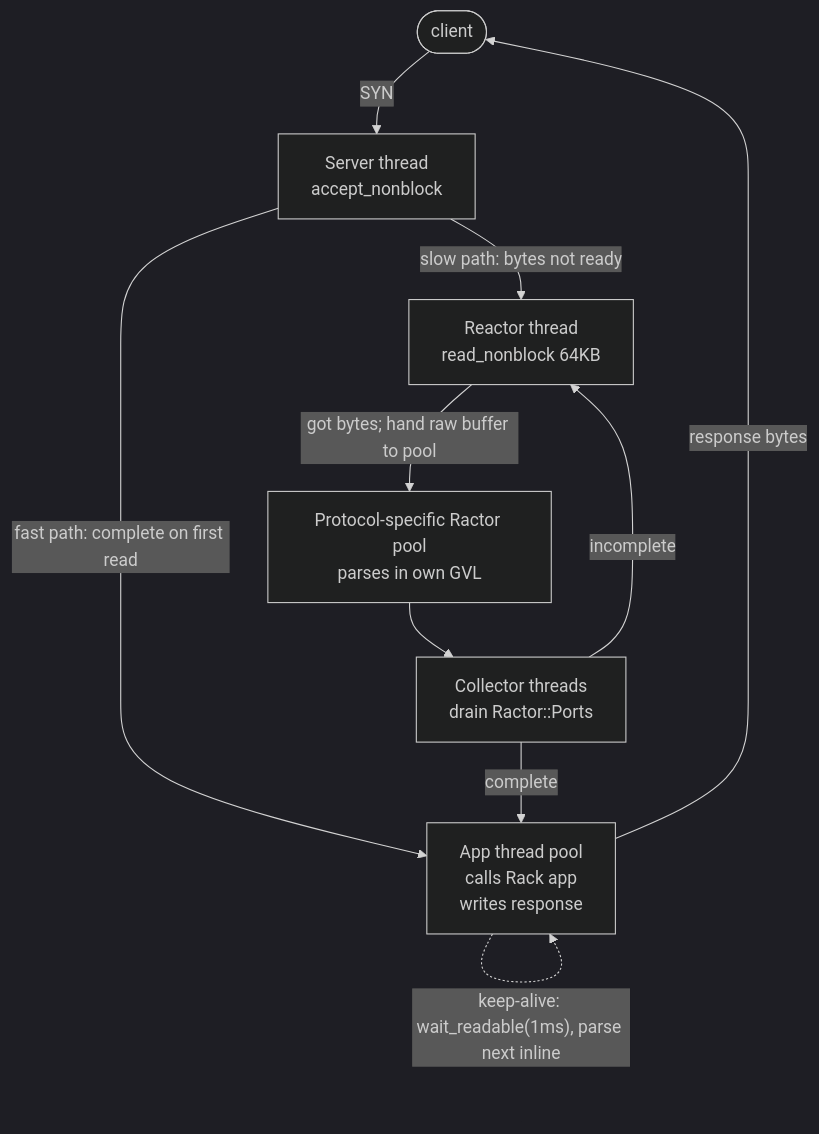
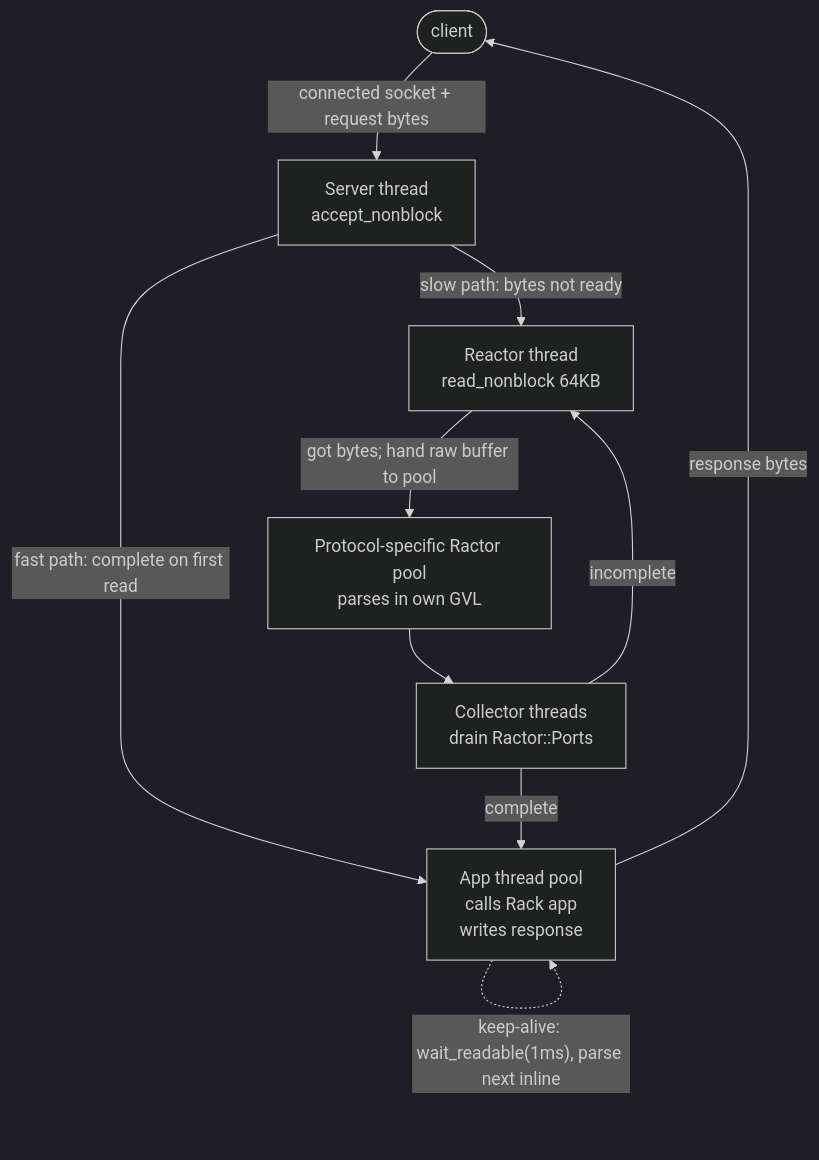
Before and after one commit to joshuay03/raptor: the eighth of 14 diagrams in docs/brisrails-talk.md, drawn with Mermaid (dark theme). The commit also changed other lines of this file and 1 other file, not shown here.

Commit message:
Refresh the architecture docs

````diff
--- a/docs/brisrails-talk.md
+++ b/docs/brisrails-talk.md
@@ -1275,19 +1269,19 @@
 ```mermaid
 flowchart TB
     Client(["client"])
     Srv["Server thread<br/>accept_nonblock"]
     Rct["Reactor thread<br/>read_nonblock 64KB"]
     RP["Protocol-specific Ractor pool<br/>parses in own GVL"]
     Col["Collector threads<br/>drain Ractor::Ports"]
     ATP["App thread pool<br/>calls Rack app<br/>writes response"]
 
-    Client -->|"SYN"| Srv
+    Client -->|"connected socket + request bytes"| Srv
     Srv -->|"fast path: complete on first read"| ATP
     Srv -->|"slow path: bytes not ready"| Rct
     Rct -->|"got bytes; hand raw buffer to pool"| RP
     RP --> Col
     Col -->|"complete"| ATP
     Col -->|"incomplete"| Rct
     ATP -->|"response bytes"| Client
     ATP -.->|"keep-alive: wait_readable(1ms), parse next inline"| ATP
 ```
````
